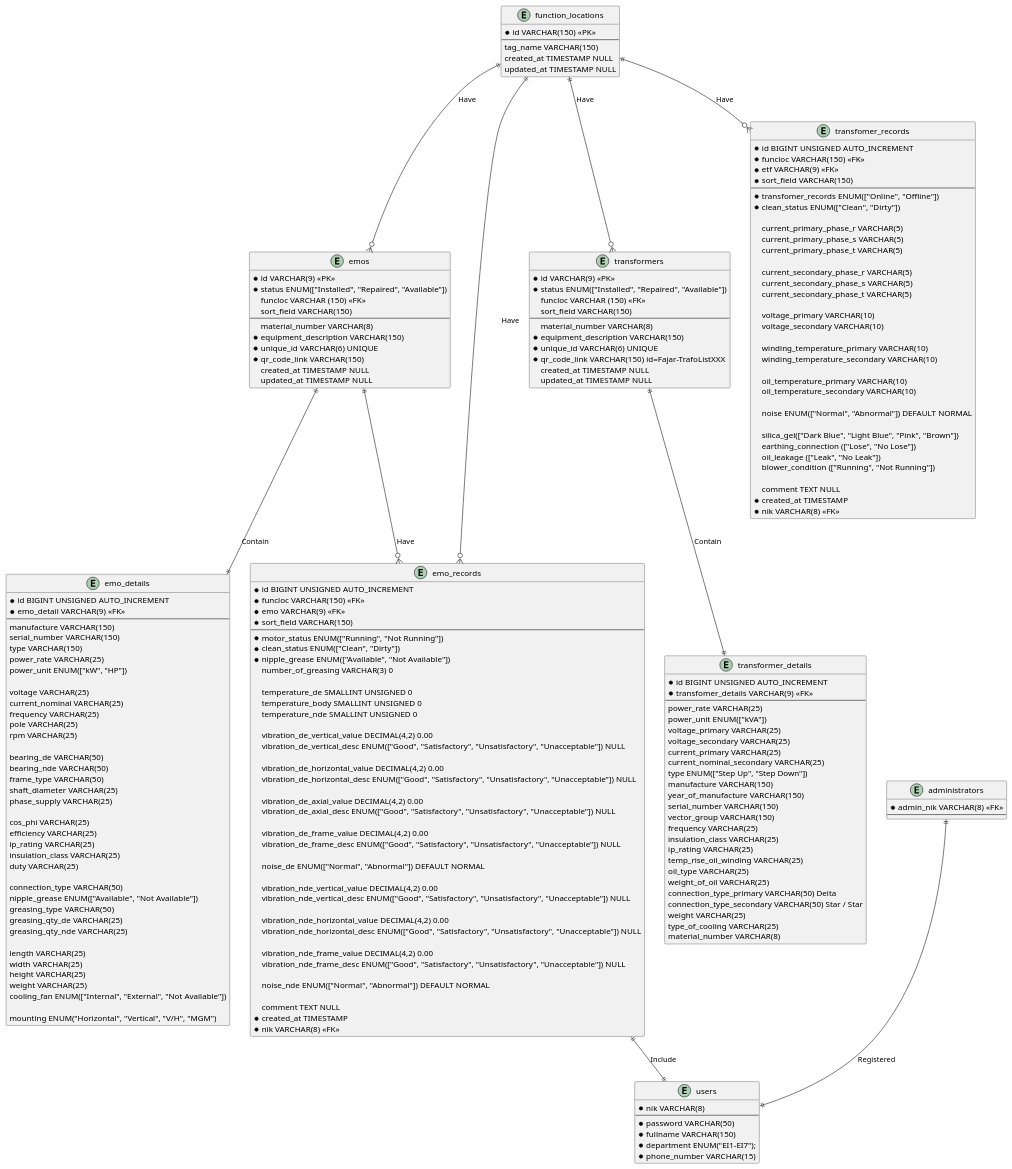
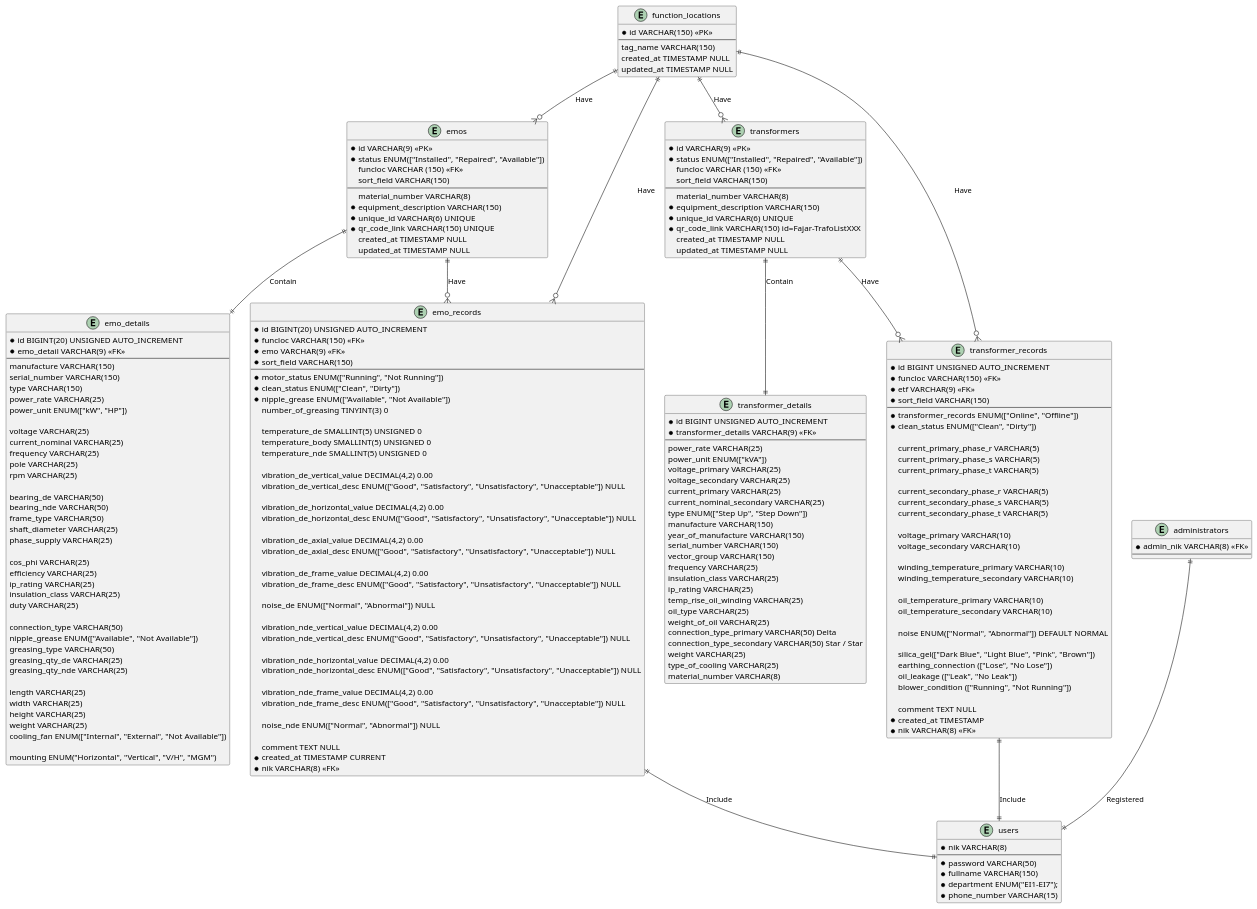
The diagram in database/fajar_e_maintenance.puml (doniduaasattuu/fajar-e-maintenance), drawn with PlantUML before and after one commit. The commit also changed 2 other files, not shown here.

Commit message:
create unit test for unique_id and qr_code_link duplicate

```diff
--- a/database/fajar_e_maintenance.puml
+++ b/database/fajar_e_maintenance.puml
@@ -19,13 +19,13 @@
       material_number VARCHAR(8)
     * equipment_description VARCHAR(150)
     * unique_id VARCHAR(6) UNIQUE
-    * qr_code_link VARCHAR(150) 
+    * qr_code_link VARCHAR(150) UNIQUE
       created_at TIMESTAMP NULL
       updated_at TIMESTAMP NULL
 }
 
 entity emo_details {
-    * id BIGINT UNSIGNED AUTO_INCREMENT
+    * id BIGINT(20) UNSIGNED AUTO_INCREMENT
     * emo_detail VARCHAR(9) <<FK>>
     --
     manufacture VARCHAR(150)
@@ -68,7 +68,7 @@
 }
 
 entity emo_records {
-    * id BIGINT UNSIGNED AUTO_INCREMENT
+    * id BIGINT(20) UNSIGNED AUTO_INCREMENT
     * funcloc VARCHAR(150) <<FK>>
     * emo VARCHAR(9) <<FK>>
     * sort_field VARCHAR(150)
@@ -76,11 +76,11 @@
     * motor_status ENUM(["Running", "Not Running"])
     * clean_status ENUM(["Clean", "Dirty"])
     * nipple_grease ENUM(["Available", "Not Available"])
-      number_of_greasing VARCHAR(3) 0
+      number_of_greasing TINYINT(3) 0
 
-      temperature_de SMALLINT UNSIGNED 0
-      temperature_body SMALLINT UNSIGNED 0
-      temperature_nde SMALLINT UNSIGNED 0
+      temperature_de SMALLINT(5) UNSIGNED 0
+      temperature_body SMALLINT(5) UNSIGNED 0
+      temperature_nde SMALLINT(5) UNSIGNED 0
       
       vibration_de_vertical_value DECIMAL(4,2) 0.00
       vibration_de_vertical_desc ENUM(["Good", "Satisfactory", "Unsatisfactory", "Unacceptable"]) NULL
@@ -94,7 +94,7 @@
       vibration_de_frame_value DECIMAL(4,2) 0.00
       vibration_de_frame_desc ENUM(["Good", "Satisfactory", "Unsatisfactory", "Unacceptable"]) NULL
       
-      noise_de ENUM(["Normal", "Abnormal"]) DEFAULT NORMAL
+      noise_de ENUM(["Normal", "Abnormal"]) NULL
 
       vibration_nde_vertical_value DECIMAL(4,2) 0.00
       vibration_nde_vertical_desc ENUM(["Good", "Satisfactory", "Unsatisfactory", "Unacceptable"]) NULL
@@ -105,10 +105,10 @@
       vibration_nde_frame_value DECIMAL(4,2) 0.00
       vibration_nde_frame_desc ENUM(["Good", "Satisfactory", "Unsatisfactory", "Unacceptable"]) NULL
       
-      noise_nde ENUM(["Normal", "Abnormal"]) DEFAULT NORMAL
+      noise_nde ENUM(["Normal", "Abnormal"]) NULL
 
       comment TEXT NULL
-    * created_at TIMESTAMP
+    * created_at TIMESTAMP CURRENT
     * nik VARCHAR(8) <<FK>>
 }
 
@@ -142,7 +142,7 @@
 
 entity transformer_details {
     * id BIGINT UNSIGNED AUTO_INCREMENT
-    * transfomer_details VARCHAR(9) <<FK>>
+    * transformer_details VARCHAR(9) <<FK>>
     --
     power_rate VARCHAR(25)
     power_unit ENUM(["kVA"])
@@ -168,13 +168,13 @@
     material_number VARCHAR(8)
 }
 
-entity transfomer_records {
+entity transformer_records {
     * id BIGINT UNSIGNED AUTO_INCREMENT
     * funcloc VARCHAR(150) <<FK>>
     * etf VARCHAR(9) <<FK>>
     * sort_field VARCHAR(150)
     --
-    * transfomer_records ENUM(["Online", "Offline"])
+    * transformer_records ENUM(["Online", "Offline"])
     * clean_status ENUM(["Clean", "Dirty"])
 
       current_primary_phase_r VARCHAR(5)
@@ -213,9 +213,11 @@
 emo_records ||--|| users : Include
 administrators ||--|| users : Registered
 
-function_locations ||--o{ transfomer_records : Have
 function_locations ||--o{ transformers : Have
+function_locations ||--o{ transformer_records : Have
+transformers ||--o{ transformer_records : Have
 transformers ||--|| transformer_details : Contain
+transformer_records ||--|| users : Include
 
 
 @enduml
```
